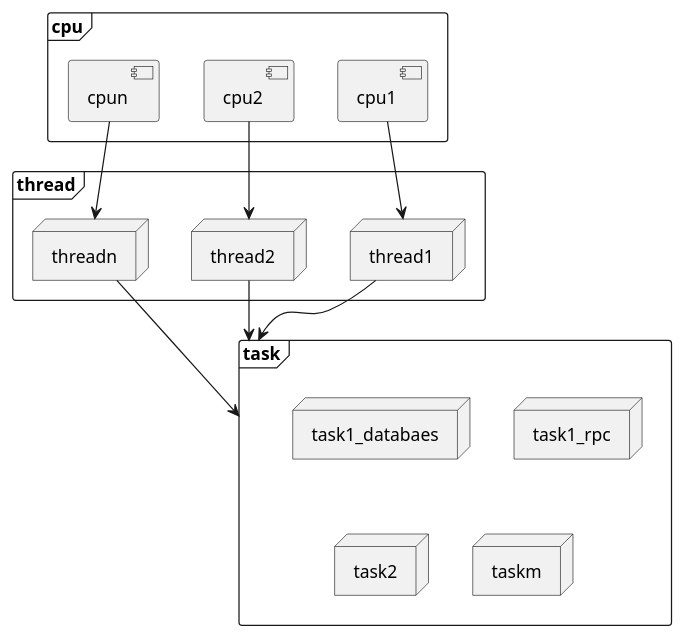
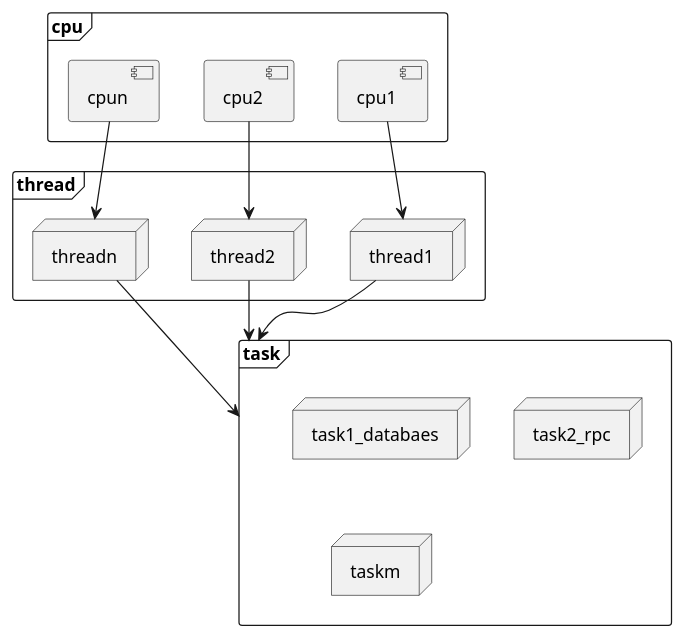
One commit to Wang-Ray/Wang-Ray.github.io changed the diagram in assets/plantuml/cpu-switch-nonblock.md. Above: the diagram before and after it, drawn with PlantUML.

````diff
--- a/assets/plantuml/cpu-switch-nonblock.md
+++ b/assets/plantuml/cpu-switch-nonblock.md
@@ -1,30 +1,29 @@
 ```plantuml
 @startuml
 frame cpu {
     component cpu1
     component cpu2
     component cpun
 }
 
 frame thread {
     node thread1
     node thread2
     node threadn
 }
 
 frame task {
     node task1_databaes
-    node task1_rpc
-    node task2
+    node task2_rpc
     node taskm
 }
 
 cpu1 --> thread1
 cpu2 --> thread2
 cpun --> threadn
 
 thread1 --> task
 thread2 --> task
 threadn --> task
 @enduml
 ```
````
